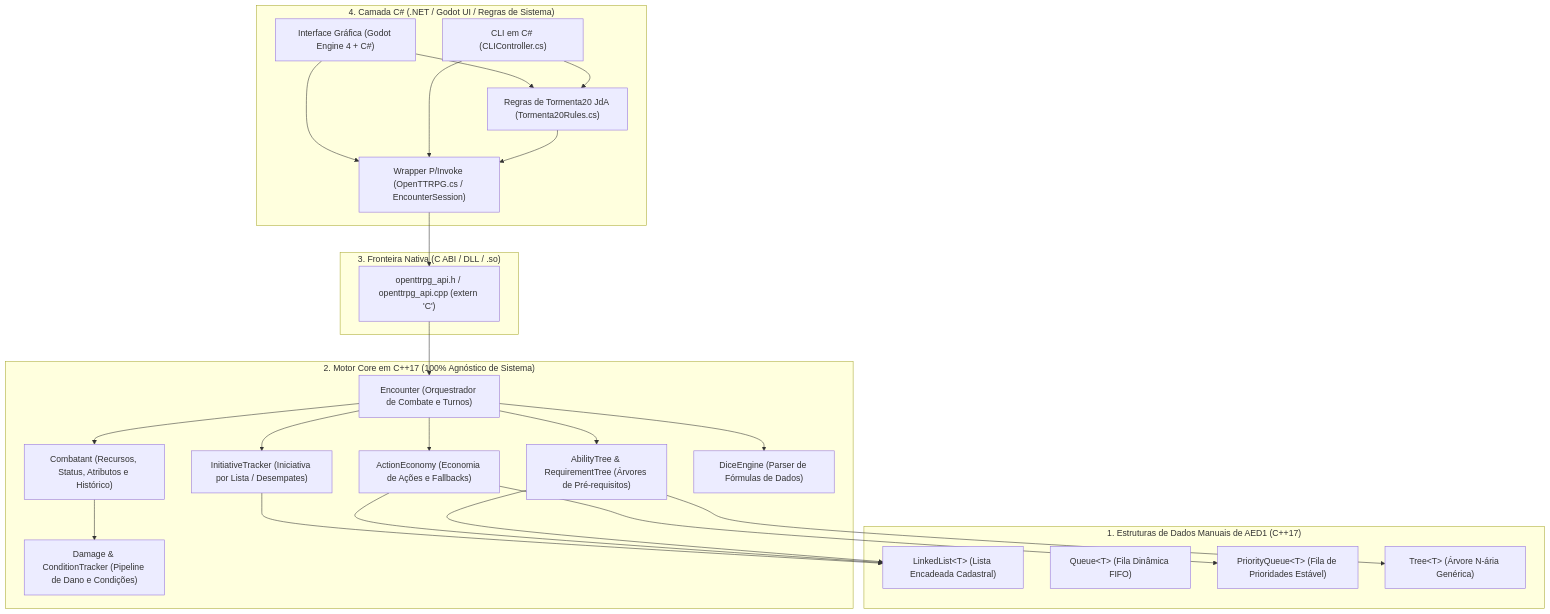
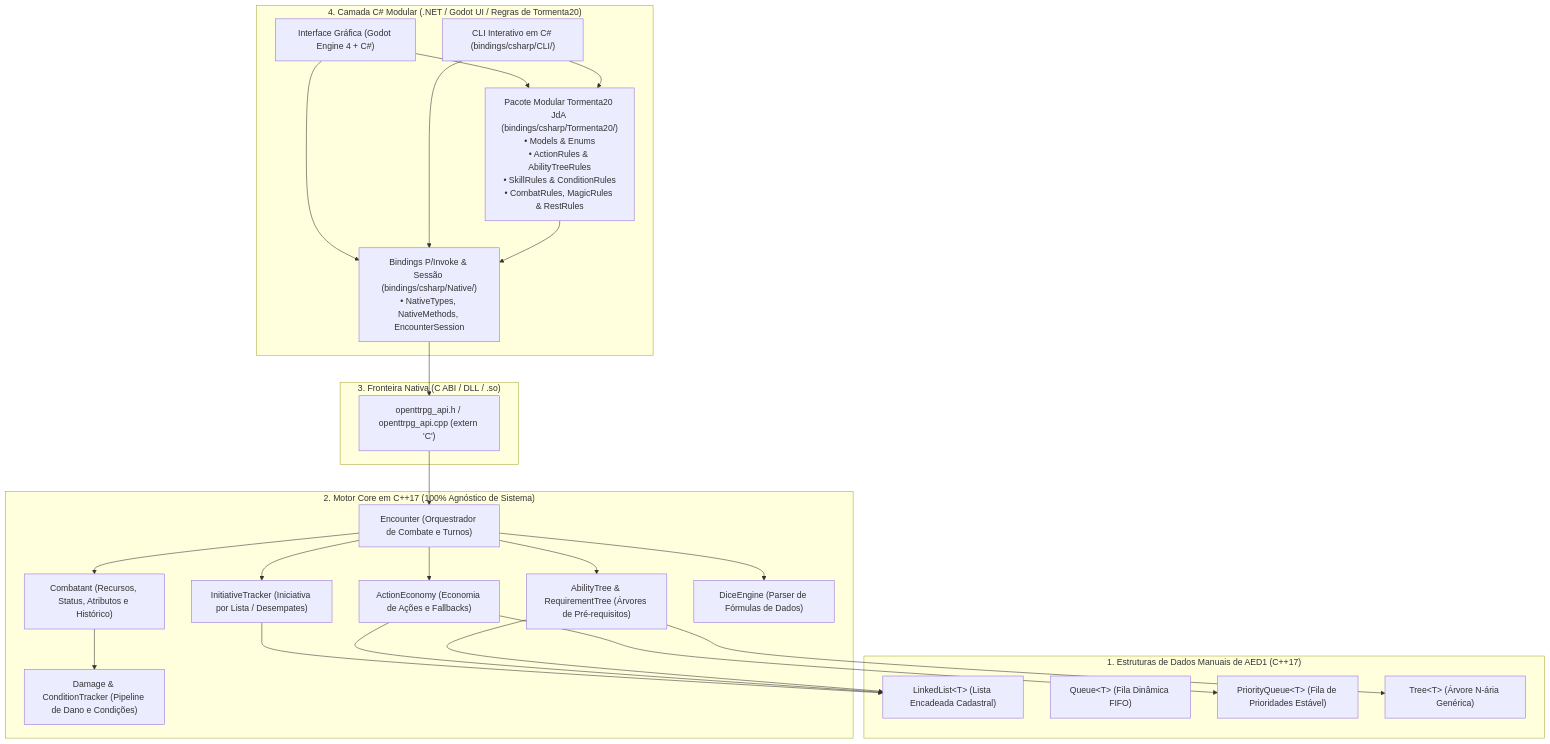
One commit to Iago3457/OpenTTRPG changed the diagram in README.md. Above: the diagram before and after it, drawn with Mermaid. The commit also changed other lines of this file and 49 other files, not shown here.

````diff
--- a/README.md
+++ b/README.md
@@ -11,51 +11,51 @@
 ```mermaid
 graph TD
-    subgraph CamadaCS ["4. Camada C# (.NET / Godot UI / Regras de Sistema)"]
+    subgraph CamadaCS ["4. Camada C# Modular (.NET / Godot UI / Regras de Tormenta20)"]
         GodotUI["Interface Gráfica (Godot Engine 4 + C#)"]
-        CS_CLI["CLI em C# (CLIController.cs)"]
-        T20Rules["Regras de Tormenta20 JdA (Tormenta20Rules.cs)"]
-        CS_Wrapper["Wrapper P/Invoke (OpenTTRPG.cs / EncounterSession)"]
+        CS_CLI["CLI Interativo em C# (bindings/csharp/CLI/)"]
+        T20Mod["Pacote Modular Tormenta20 JdA (bindings/csharp/Tormenta20/)\n• Models & Enums\n• ActionRules & AbilityTreeRules\n• SkillRules & ConditionRules\n• CombatRules, MagicRules & RestRules"]
+        CS_Wrapper["Bindings P/Invoke & Sessão (bindings/csharp/Native/)\n• NativeTypes, NativeMethods, EncounterSession"]
     end
 
     subgraph CamadaABI ["3. Fronteira Nativa (C ABI / DLL / .so)"]
         C_API["openttrpg_api.h / openttrpg_api.cpp (extern 'C')"]
     end
 
     subgraph CamadaCore ["2. Motor Core em C++17 (100% Agnóstico de Sistema)"]
         Encounter["Encounter (Orquestrador de Combate e Turnos)"]
         InitTracker["InitiativeTracker (Iniciativa por Lista / Desempates)"]
         ActionEcon["ActionEconomy (Economia de Ações e Fallbacks)"]
         ReqTree["AbilityTree & RequirementTree (Árvores de Pré-requisitos)"]
         Combatant["Combatant (Recursos, Status, Atributos e Histórico)"]
         Dice["DiceEngine (Parser de Fórmulas de Dados)"]
         Damage["Damage & ConditionTracker (Pipeline de Dano e Condições)"]
     end
 
     subgraph CamadaAED1 ["1. Estruturas de Dados Manuais de AED1 (C++17)"]
         LList["LinkedList&lt;T&gt; (Lista Encadeada Cadastral)"]
         FIFOQueue["Queue&lt;T&gt; (Fila Dinâmica FIFO)"]
         PQueue["PriorityQueue&lt;T&gt; (Fila de Prioridades Estável)"]
         NTree["Tree&lt;T&gt; (Árvore N-ária Genérica)"]
     end
 
-    GodotUI --> T20Rules
+    GodotUI --> T20Mod
     GodotUI --> CS_Wrapper
-    CS_CLI --> T20Rules
+    CS_CLI --> T20Mod
     CS_CLI --> CS_Wrapper
-    T20Rules --> CS_Wrapper
+    T20Mod --> CS_Wrapper
     CS_Wrapper --> C_API
     C_API --> Encounter
 
     Encounter --> InitTracker
     Encounter --> ActionEcon
     Encounter --> ReqTree
     Encounter --> Combatant
     Encounter --> Dice
     Combatant --> Damage
 
     InitTracker --> LList
     ActionEcon --> PQueue
     ActionEcon --> LList
     ReqTree --> NTree
     ReqTree --> LList
 ```
````
